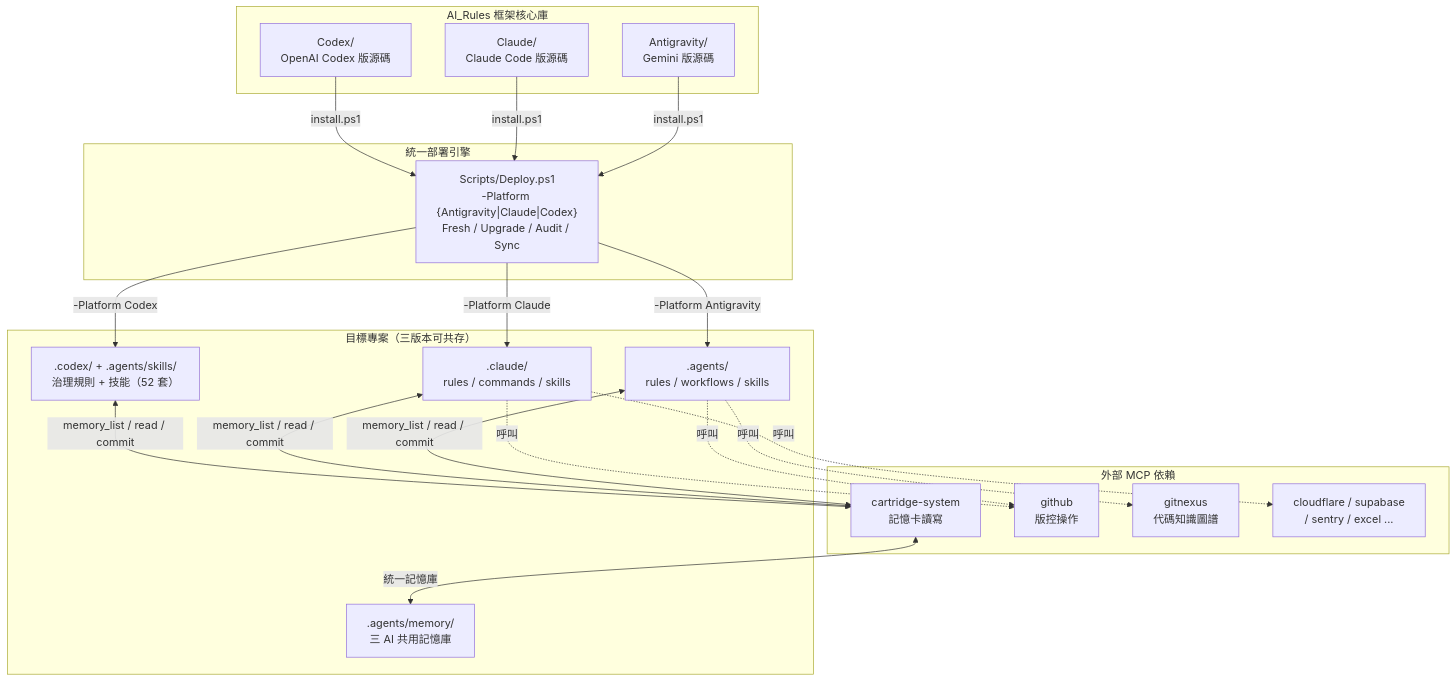
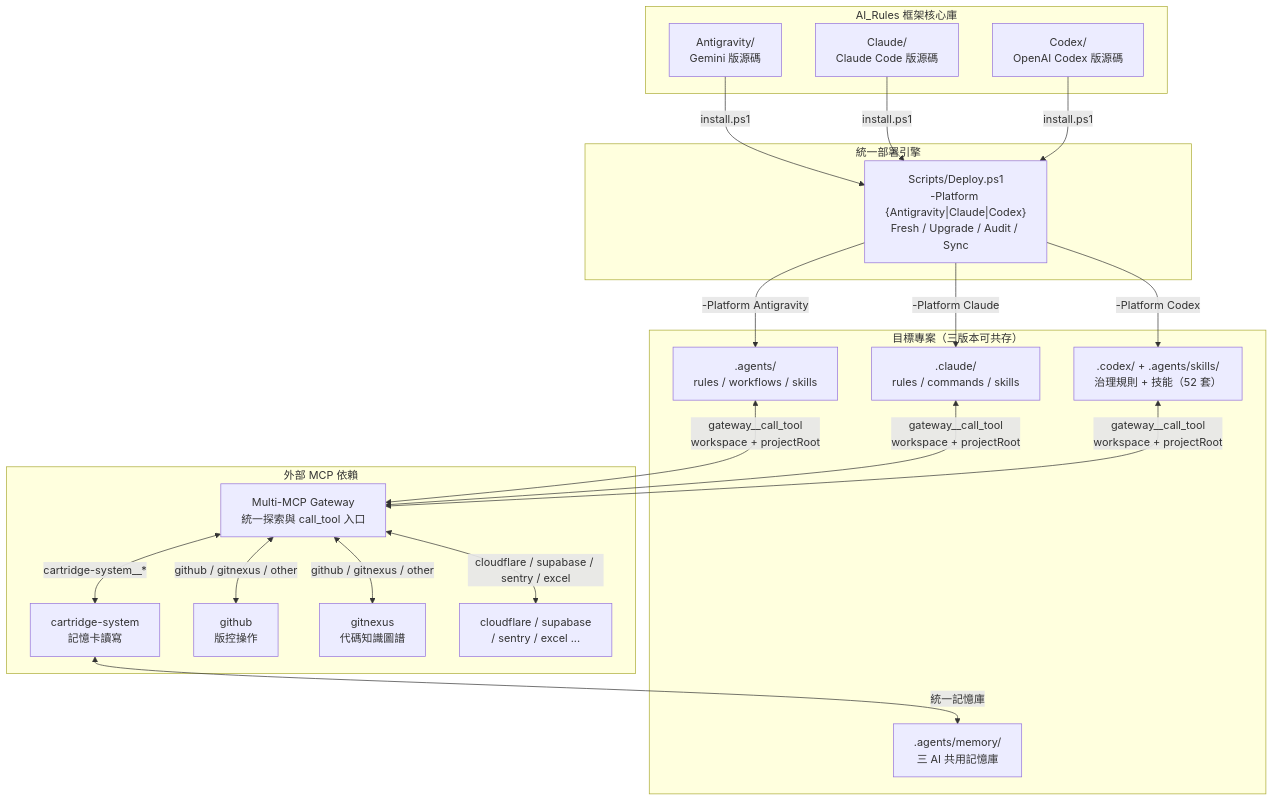
Before and after one commit to Kunshao1117/AI_Rules: the first of 3 diagrams in README.md, drawn with Mermaid. The commit also changed other lines of this file and 19 other files, not shown here.

````diff
--- a/README.md
+++ b/README.md
@@ -151,41 +151,42 @@
 ```mermaid
 graph TB
     subgraph "AI_Rules 框架核心庫"
         AG["Antigravity/<br/>Gemini 版源碼"]
         CL["Claude/<br/>Claude Code 版源碼"]
         CX["Codex/<br/>OpenAI Codex 版源碼"]
     end
 
     subgraph "統一部署引擎"
         DEPLOY["Scripts/Deploy.ps1<br/>-Platform {Antigravity|Claude|Codex}<br/>Fresh / Upgrade / Audit / Sync"]
     end
 
     subgraph "目標專案（三版本可共存）"
         AGE[".agents/<br/>rules / workflows / skills"]
         CLE[".claude/<br/>rules / commands / skills"]
         CXE[".codex/ + .agents/skills/<br/>治理規則 + 技能（52 套）"]
         MEM[".agents/memory/<br/>三 AI 共用記憶庫"]
     end
 
     subgraph "外部 MCP 依賴"
+        GW["Multi-MCP Gateway<br/>統一探索與 call_tool 入口"]
         CART["cartridge-system<br/>記憶卡讀寫"]
         GH["github<br/>版控操作"]
         GN["gitnexus<br/>代碼知識圖譜"]
         OTHER["cloudflare / supabase<br/>/ sentry / excel ..."]
     end
 
     AG -->|"install.ps1"| DEPLOY
     CL -->|"install.ps1"| DEPLOY
     CX -->|"install.ps1"| DEPLOY
     DEPLOY -->|"-Platform Antigravity"| AGE
     DEPLOY -->|"-Platform Claude"| CLE
     DEPLOY -->|"-Platform Codex"| CXE
-    AGE <-->|"memory_list / read / commit"| CART
-    CLE <-->|"memory_list / read / commit"| CART
-    CXE <-->|"memory_list / read / commit"| CART
+    AGE <-->|"gateway__call_tool<br/>workspace + projectRoot"| GW
+    CLE <-->|"gateway__call_tool<br/>workspace + projectRoot"| GW
+    CXE <-->|"gateway__call_tool<br/>workspace + projectRoot"| GW
+    GW <-->|"cartridge-system__*"| CART
+    GW <-->|"github / gitnexus / other"| GH
+    GW <-->|"github / gitnexus / other"| GN
+    GW <-->|"cloudflare / supabase / sentry / excel"| OTHER
     CART <-->|"統一記憶庫"| MEM
-    AGE -.->|"呼叫"| GH
-    AGE -.->|"呼叫"| GN
-    CLE -.->|"呼叫"| GH
-    CLE -.->|"呼叫"| OTHER
 ```
````
